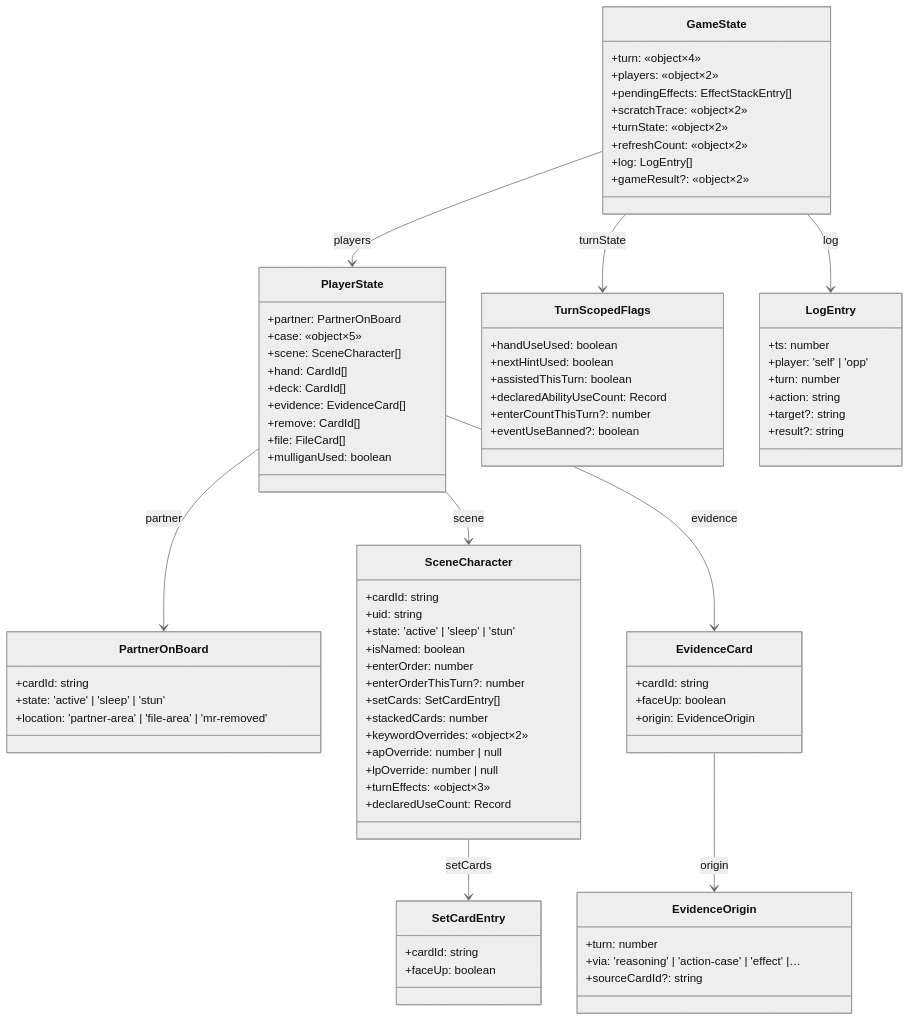
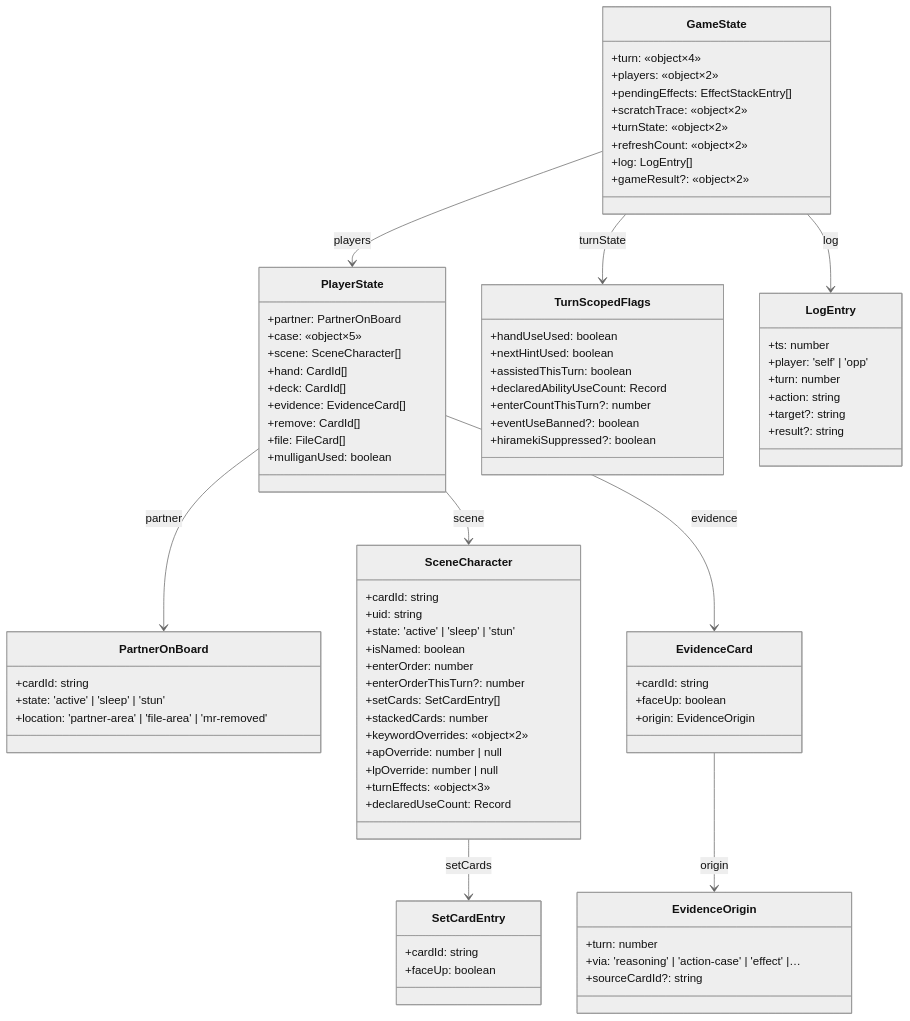
Before and after one commit to orihekat78/TCGApp: the diagram in .claude/auto/state/game-state.md, drawn with Mermaid (neutral theme). The commit also changed other lines of this file and 88 other files, not shown here.

```diff
--- a/.claude/auto/state/game-state.md
+++ b/.claude/auto/state/game-state.md
@@ -40,6 +40,7 @@
     +declaredAbilityUseCount: Record<string, number>
     +enterCountThisTurn?: number
     +eventUseBanned?: boolean
+    +hiramekiSuppressed?: boolean
   }
   class LogEntry {
     +ts: number
```
